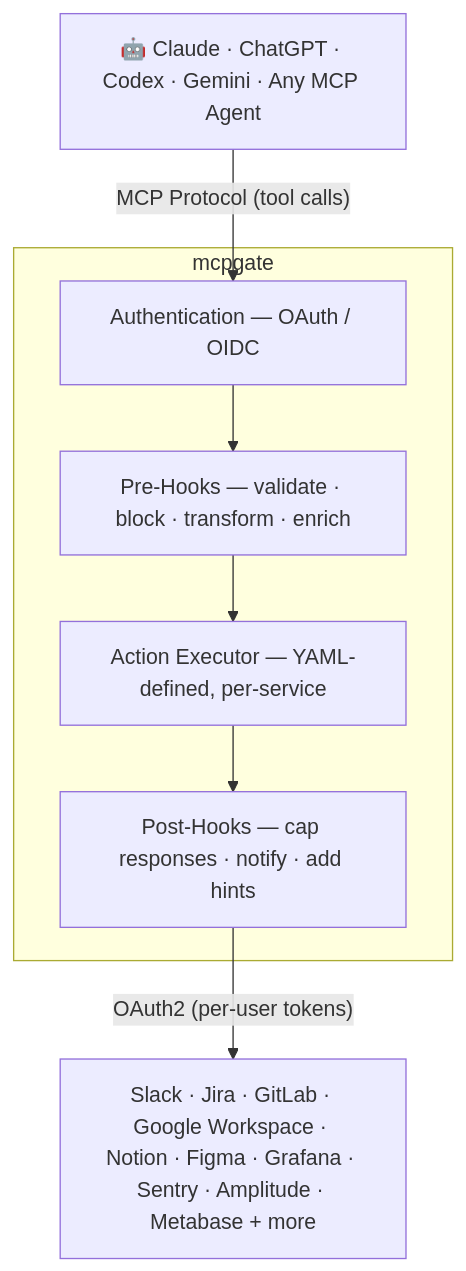
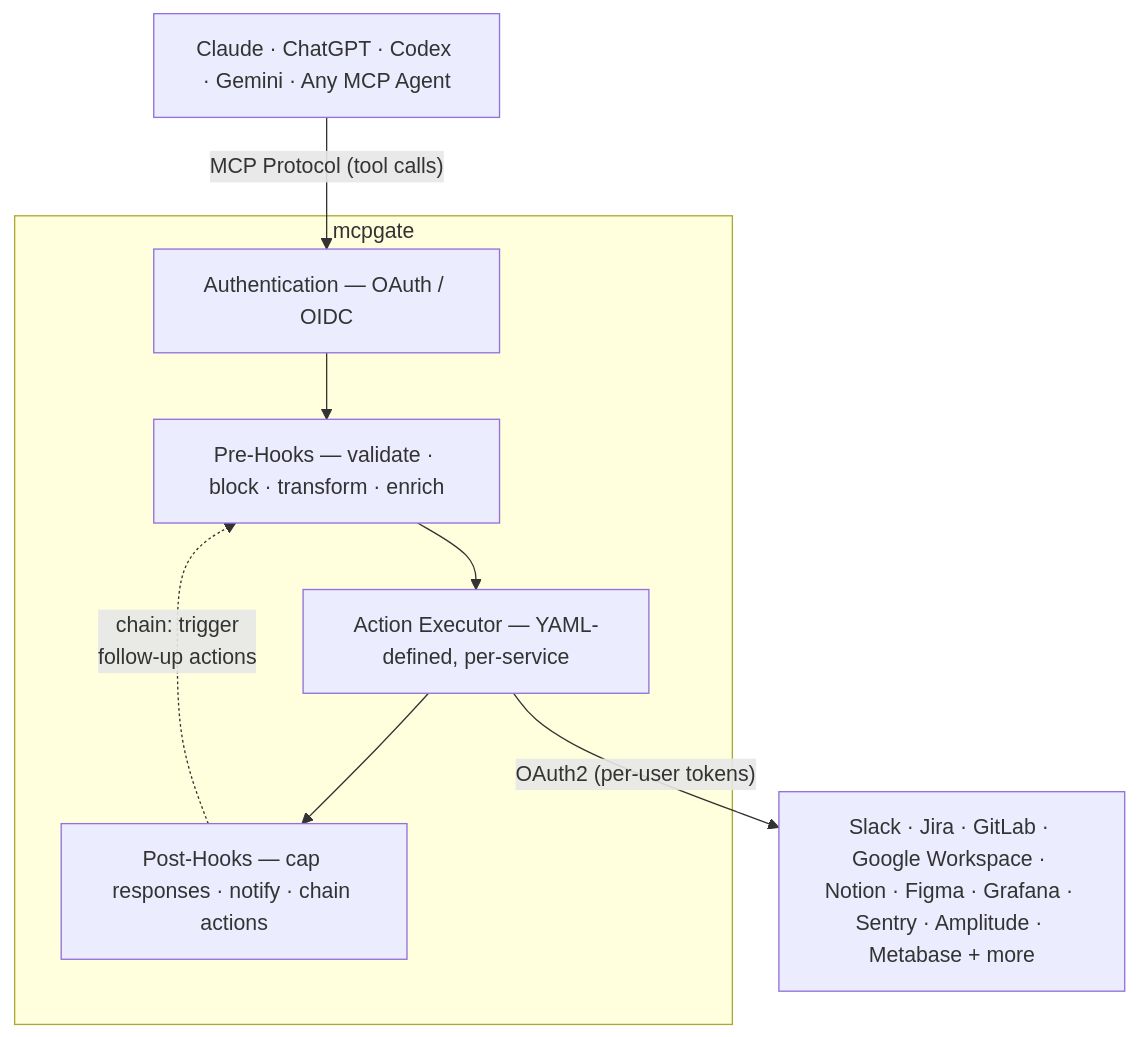
The diagram in README.md (Mcpgate-de/mcpgate), drawn with Mermaid before and after one commit. The commit also changed other lines of this file, not shown here.

Commit message:
Architecture diagram: show action chaining via post-hooks

````diff
--- a/README.md
+++ b/README.md
@@ -56,19 +56,21 @@
 ```mermaid
 flowchart TB
-    AI["🤖 Claude · ChatGPT · Codex · Gemini · Any MCP Agent"]
+    AI["Claude · ChatGPT · Codex · Gemini · Any MCP Agent"]
     
     AI -- "MCP Protocol (tool calls)" --> Auth
 
     subgraph GW["mcpgate"]
         Auth["Authentication — OAuth / OIDC"]
         Pre["Pre-Hooks — validate · block · transform · enrich"]
         Exec["Action Executor — YAML-defined, per-service"]
-        Post["Post-Hooks — cap responses · notify · add hints"]
+        Post["Post-Hooks — cap responses · notify · chain actions"]
 
         Auth --> Pre --> Exec --> Post
+        Post -. "chain: trigger
+        follow-up actions" .-> Pre
     end
 
-    Post -- "OAuth2 (per-user tokens)" --> Services
+    Exec -- "OAuth2 (per-user tokens)" --> Services
 
     Services["Slack · Jira · GitLab · Google Workspace · Notion · Figma · Grafana · Sentry · Amplitude · Metabase + more"]
 ```
````
